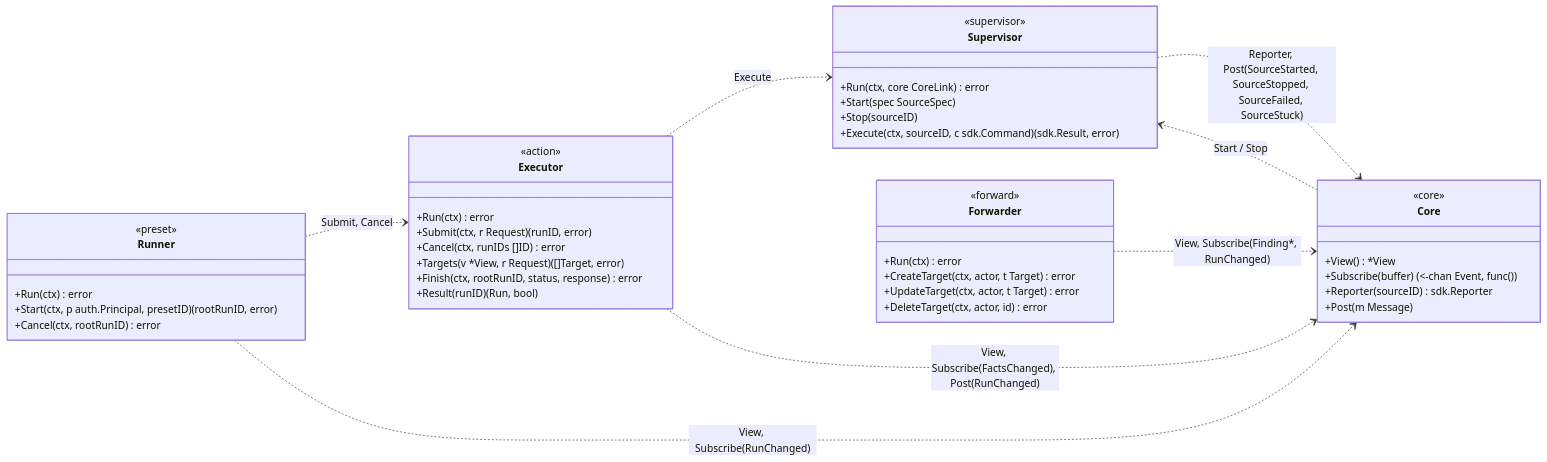
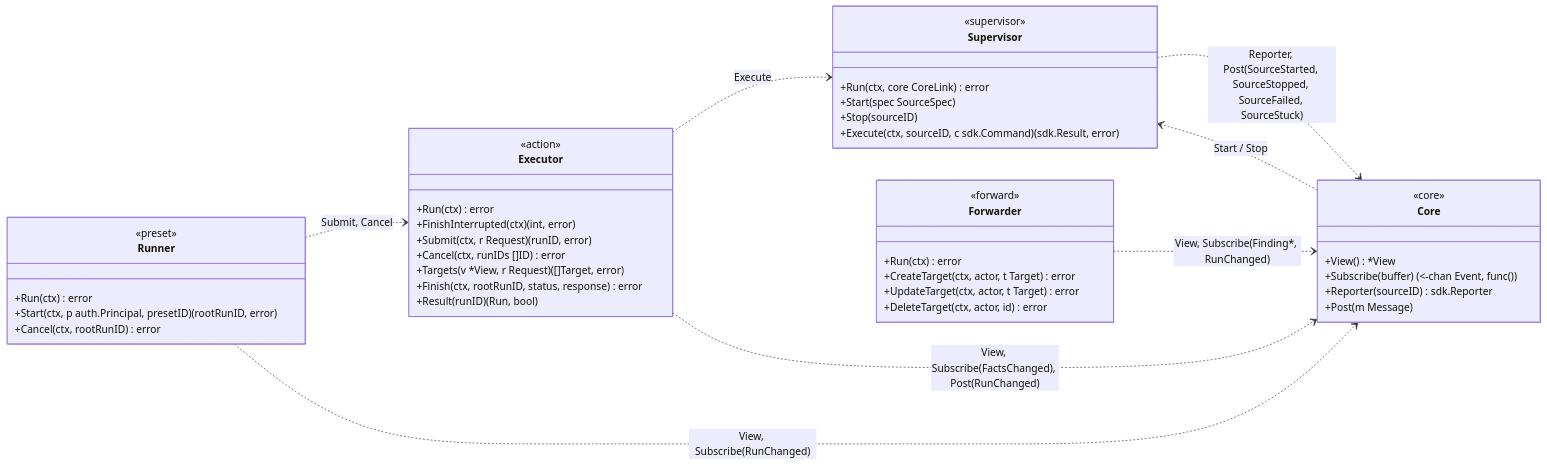
One commit to lukirs95/monika changed the first of 6 diagrams in docs/contracts/services.md. Above: the diagram before and after it, drawn with Mermaid. The commit also changed other lines of this file and 7 other files, not shown here.

Commit message:
bootstrap prep: instance lock, finish interrupted runs, drivers/all

````diff
--- a/docs/contracts/services.md
+++ b/docs/contracts/services.md
@@ -9,49 +9,50 @@
 ```mermaid
 classDiagram
     direction LR
 
     class Supervisor {
         <<supervisor>>
         +Run(ctx, core CoreLink) error
         +Start(spec SourceSpec)
         +Stop(sourceID)
         +Execute(ctx, sourceID, c sdk.Command) (sdk.Result, error)
     }
     class Executor {
         <<action>>
         +Run(ctx) error
+        +FinishInterrupted(ctx) (int, error)
         +Submit(ctx, r Request) (runID, error)
         +Cancel(ctx, runIDs []ID) error
         +Targets(v *View, r Request) ([]Target, error)
         +Finish(ctx, rootRunID, status, response) error
         +Result(runID) (Run, bool)
     }
     class Runner {
         <<preset>>
         +Run(ctx) error
         +Start(ctx, p auth.Principal, presetID) (rootRunID, error)
         +Cancel(ctx, rootRunID) error
     }
     class Forwarder {
         <<forward>>
         +Run(ctx) error
         +CreateTarget(ctx, actor, t Target) error
         +UpdateTarget(ctx, actor, t Target) error
         +DeleteTarget(ctx, actor, id) error
     }
     class Core {
         <<core>>
         +View() *View
         +Subscribe(buffer) (<-chan Event, func())
         +Reporter(sourceID) sdk.Reporter
         +Post(m Message)
     }
 
     Supervisor ..> Core : Reporter, Post(SourceStarted, SourceStopped, SourceFailed, SourceStuck)
     Core ..> Supervisor : Start / Stop
     Executor ..> Supervisor : Execute
     Executor ..> Core : View, Subscribe(FactsChanged), Post(RunChanged)
     Runner ..> Executor : Submit, Cancel
     Runner ..> Core : View, Subscribe(RunChanged)
     Forwarder ..> Core : View, Subscribe(Finding*, RunChanged)
 ```
````
